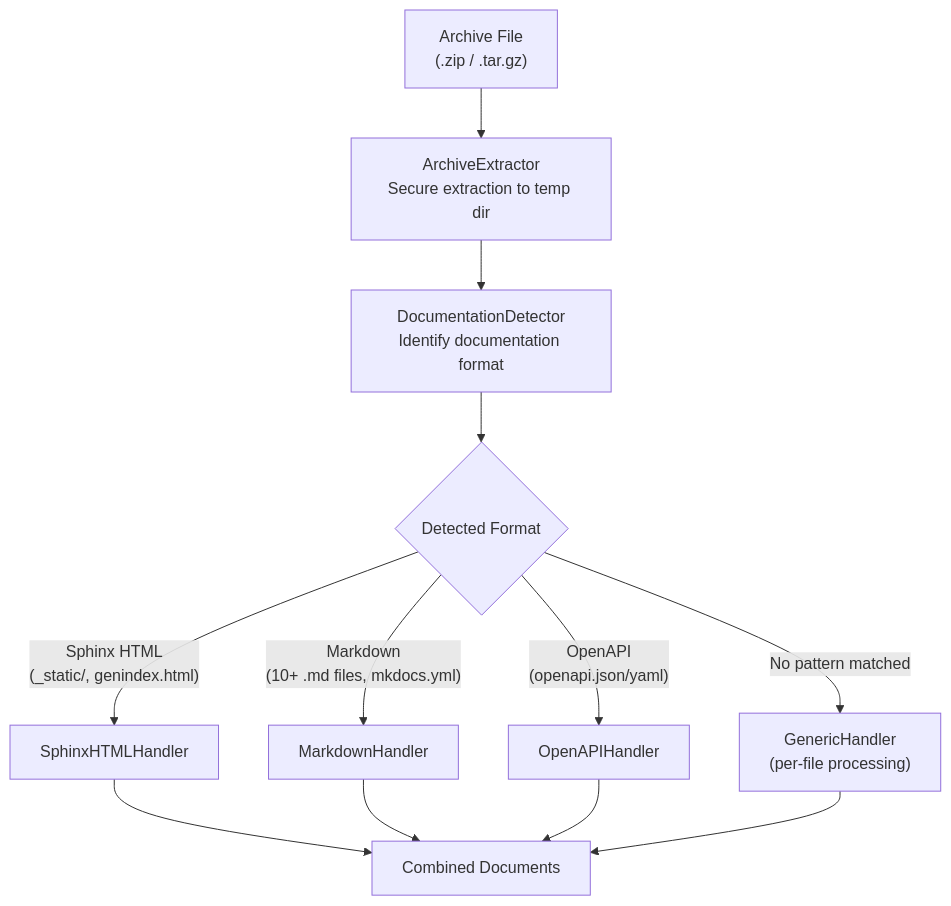
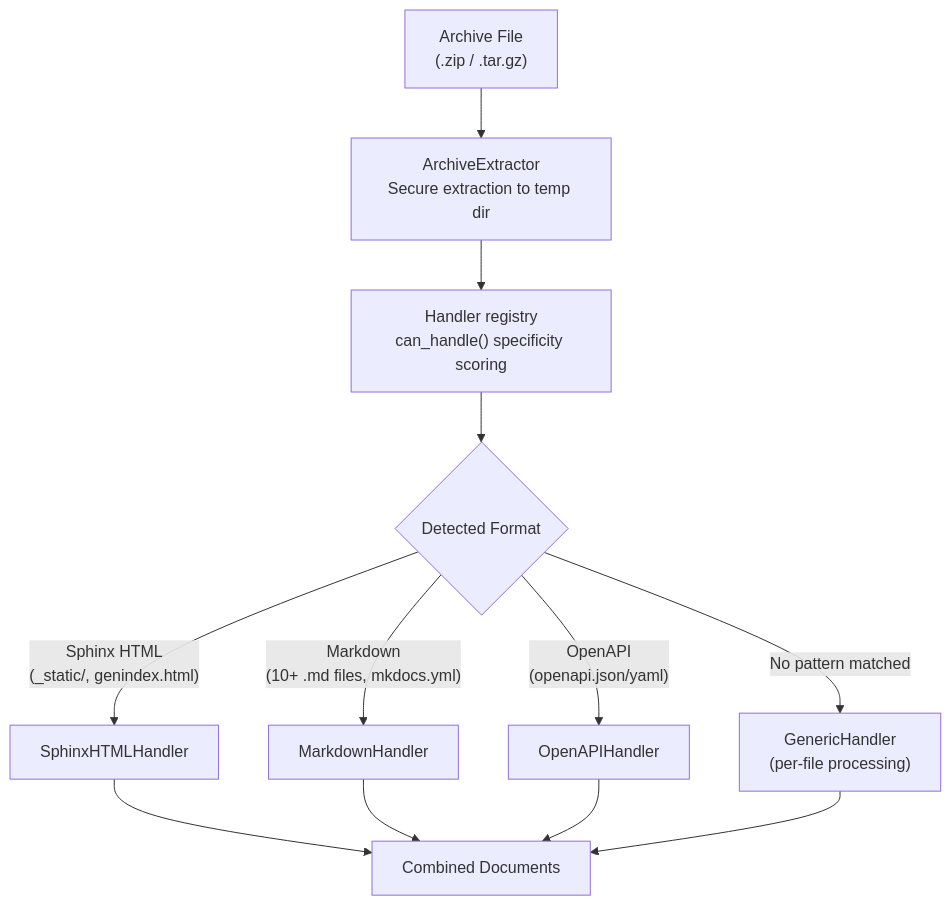
One commit to chaoscypherinc/chaoscypher changed the second of 2 diagrams in packages/docs/docs/architecture/extraction-pipeline/loading.md. Above: the diagram before and after it, drawn with Mermaid. The commit also changed other lines of this file and 189 other files, not shown here.

````diff
--- a/packages/docs/docs/architecture/extraction-pipeline/loading.md
+++ b/packages/docs/docs/architecture/extraction-pipeline/loading.md
@@ -246,14 +246,14 @@
 ```mermaid
 flowchart TD
     Archive["Archive File\n(.zip / .tar.gz)"] --> Extract["ArchiveExtractor\nSecure extraction to temp dir"]
-    Extract --> Detect["DocumentationDetector\nIdentify documentation format"]
+    Extract --> Detect["Handler registry\ncan_handle() specificity scoring"]
     Detect --> Route{Detected Format}
     Route -->|"Sphinx HTML\n(_static/, genindex.html)"| Sphinx["SphinxHTMLHandler"]
     Route -->|"Markdown\n(10+ .md files, mkdocs.yml)"| MD["MarkdownHandler"]
     Route -->|"OpenAPI\n(openapi.json/yaml)"| API["OpenAPIHandler"]
     Route -->|"No pattern matched"| Generic["GenericHandler\n(per-file processing)"]
     Sphinx --> Result["Combined Documents"]
     MD --> Result
     API --> Result
     Generic --> Result
 ```
````
